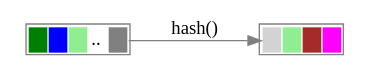
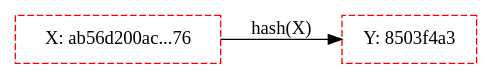
Before and after one commit to sbagency/scouting_web3_technologies: the diagram in graphs/hash-func.gv, drawn with Graphviz. The commit also changed 6 other files, not shown here.

```diff
--- a/graphs/hash-func.gv
+++ b/graphs/hash-func.gv
@@ -1,48 +1,78 @@
 digraph hashfunc {
 
 rankdir=LR;
-/*
 
-"X" [style=dashed,color=red,shape=circle];
-"Y" [style=dashed,color=red,shape=circle];
+
+"X" [label="X: ab56d200ac...76",style=dashed,color=red,shape=box];
+"Y" [label="Y: 8503f4a3",style=dashed,color=red,shape=box];
 
 
 "X"->"Y" [label="hash(X)"];
-*/
 
 
+/*
 
     node1
     [
         shape = none
         label = <<table border="1" cellspacing="1" color="gray">
                     <tr>
                     <td align="left" port="port1" border="0" bgcolor="green">  </td>
                     <td align="left" port="port2" border="0" bgcolor="blue">  </td>
                     <td align="left" port="port3" border="0" bgcolor="lightgreen">  </td>
                     <td align="center" port="port4" border="0" bgcolor="white">..</td>
                     <td align="left" port="port5" border="0" bgcolor="grey">  </td>
                     </tr>
                 </table>>
     ]
 
 
 
     node2
     [
         shape = none
         label = <<table border="1" cellspacing="1" color="gray">
                     <tr>
                     <td align="left" port="port1" border="0" bgcolor="lightgray">  </td>
                     <td align="left" port="port2" border="0" bgcolor="lightgreen">  </td>
                     <td align="center" port="port3" border="0" bgcolor="brown">  </td>
                     <td align="left" port="port4" border="0" bgcolor="magenta">  </td>
                     </tr>
                 </table>>
     ]
+*/
+/*
+    node1
+    [
+        shape = none
+        label = <<table border="0" cellspacing="0" color="gray">
+                    <tr>
+                    <td align="left" port="port1" border="1">75</td>
+                    <td align="left" port="port2" border="1">bf</td>
+                    <td align="left" port="port3" border="1">dd</td>
+                    <td align="center" port="port4" border="0">...</td>
+                    <td align="left" port="port5" border="1">0a</td>
+                    </tr>
+                </table>>
+    ]
+
+
+
+    node2
+    [
+        shape = none
+        label = <<table border="0" cellspacing="0" color="gray">
+                    <tr>
+                    <td align="left" port="port1" border="1">ab</td>
+                    <td align="left" port="port2" border="1">c5</td>
+                    <td align="center" port="port3" border="1">7f</td>
+                    <td align="left" port="port4" border="1">e3</td>
+                    </tr>
+                </table>>
+    ]
 
 
   node1:port5->node2:port1 [label="hash()",color="gray"];
-
+*/
 
 }
```
